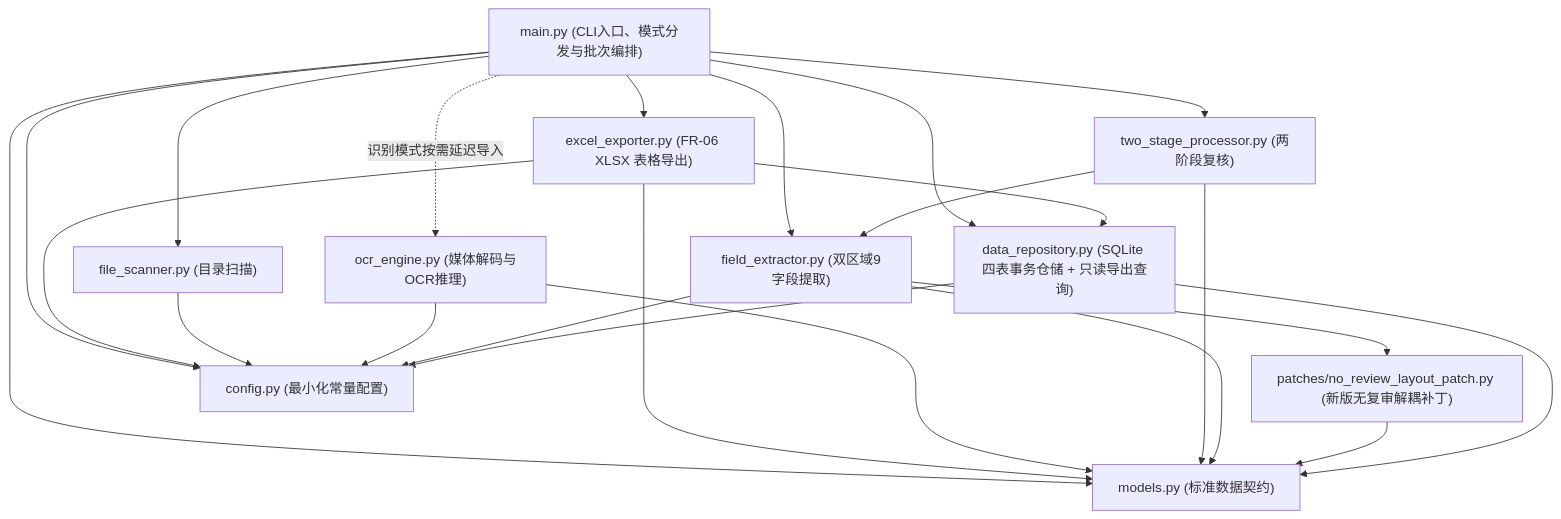
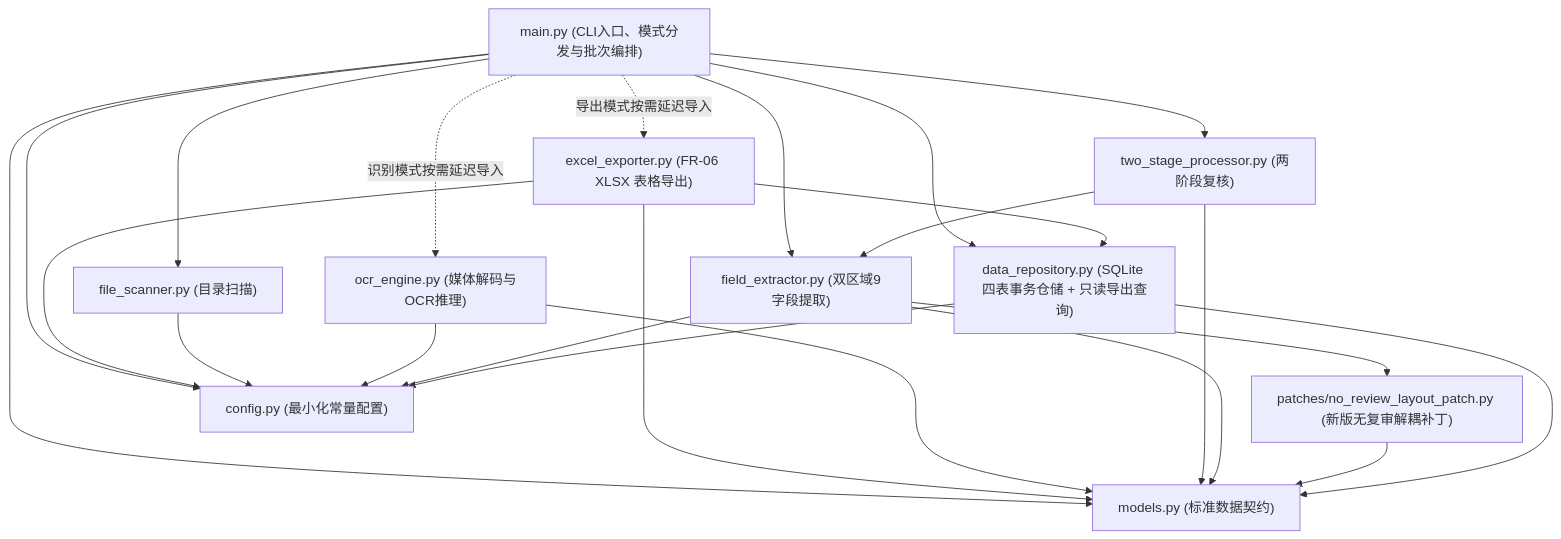
One commit to fukyor/ocr changed the second of 14 diagrams in moduleDesign/moduledesign1.md. Above: the diagram before and after it, drawn with Mermaid. The commit also changed other lines of this file and 2 other files, not shown here.

````diff
--- a/moduleDesign/moduledesign1.md
+++ b/moduleDesign/moduledesign1.md
@@ -103,36 +103,36 @@
 ```mermaid
 flowchart TD
     Main["main.py (CLI入口、模式分发与批次编排)"]
     Exporter["excel_exporter.py (FR-06 XLSX 表格导出)"]
     Scanner["file_scanner.py (目录扫描)"]
     OCR["ocr_engine.py (媒体解码与OCR推理)"]
     TwoStage["two_stage_processor.py (两阶段复核)"]
     Extractor["field_extractor.py (双区域9字段提取)"]
     Patch["patches/no_review_layout_patch.py (新版无复审解耦补丁)"]
     Repo["data_repository.py (SQLite 四表事务仓储 + 只读导出查询)"]
     Models["models.py (标准数据契约)"]
     Config["config.py (最小化常量配置)"]
 
-    Main --> Exporter
+    Main -. "导出模式按需延迟导入" .-> Exporter
     Main --> Scanner
     Main -. "识别模式按需延迟导入" .-> OCR
     Main --> TwoStage
     Main --> Extractor
     Main --> Repo
     Main --> Models
     Main --> Config
     Exporter --> Repo
     Exporter --> Models
     Exporter --> Config
     Scanner --> Config
     OCR --> Models
     OCR --> Config
     TwoStage --> Extractor
     TwoStage --> Models
     Extractor --> Patch
     Extractor --> Models
     Extractor --> Config
     Patch --> Models
     Repo --> Models
     Repo --> Config
 ```
````
